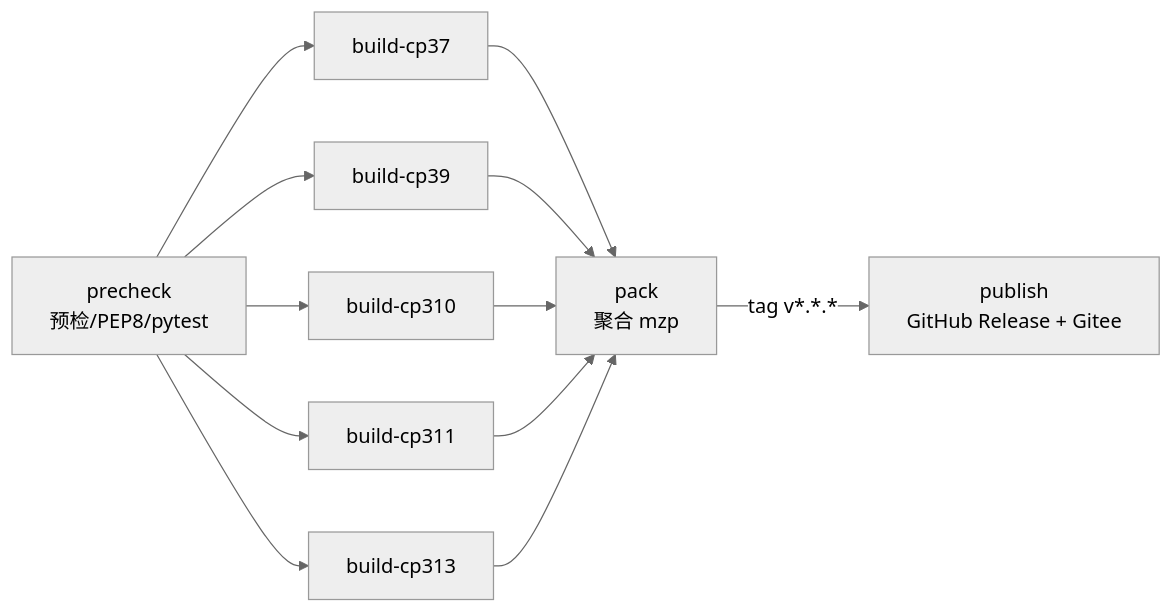
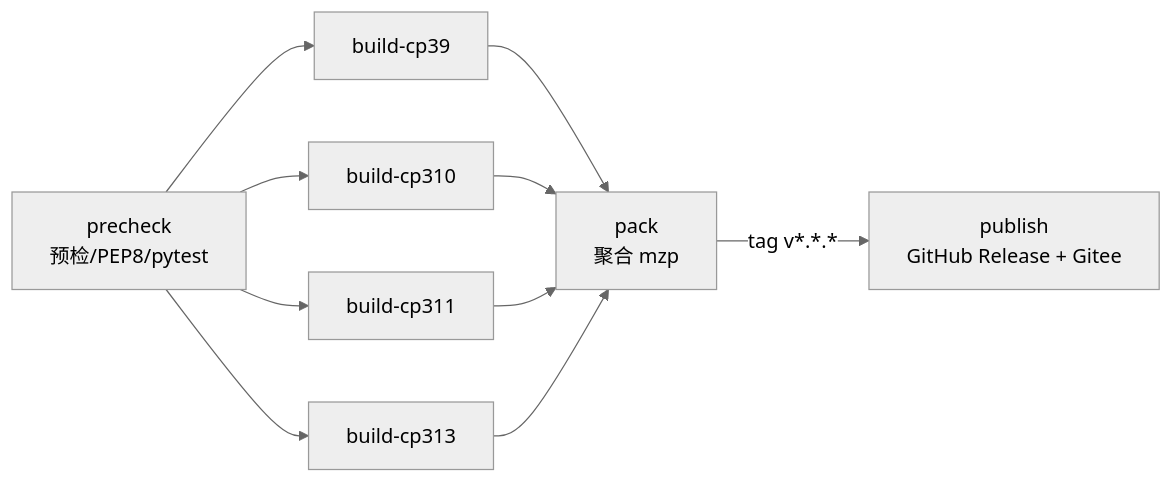
Before and after one commit to kt1-lli/maxagent: the diagram in release/ci/README.md, drawn with Mermaid (neutral theme). The commit also changed other lines of this file and 13 other files, not shown here.

````diff
--- a/release/ci/README.md
+++ b/release/ci/README.md
@@ -27,14 +27,12 @@
 ```mermaid
 graph LR
-    A[precheck<br/>预检/PEP8/pytest] --> B1[build-cp37]
-    A --> B2[build-cp39]
+    A[precheck<br/>预检/PEP8/pytest] --> B2[build-cp39]
     A --> B3[build-cp310]
     A --> B4[build-cp311]
     A --> B5[build-cp313]
-    B1 --> C[pack<br/>聚合 mzp]
-    B2 --> C
+    B2 --> C[pack<br/>聚合 mzp]
     B3 --> C
     B4 --> C
     B5 --> C
     C -->|tag v*.*.*| D[publish<br/>GitHub Release + Gitee]
 ```
````
